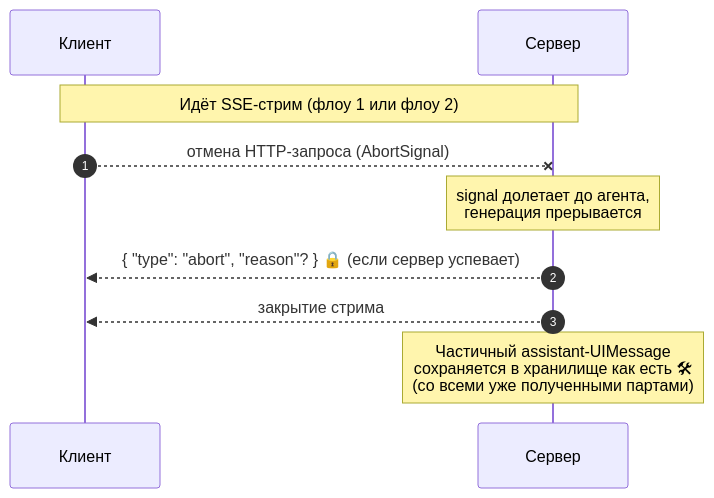
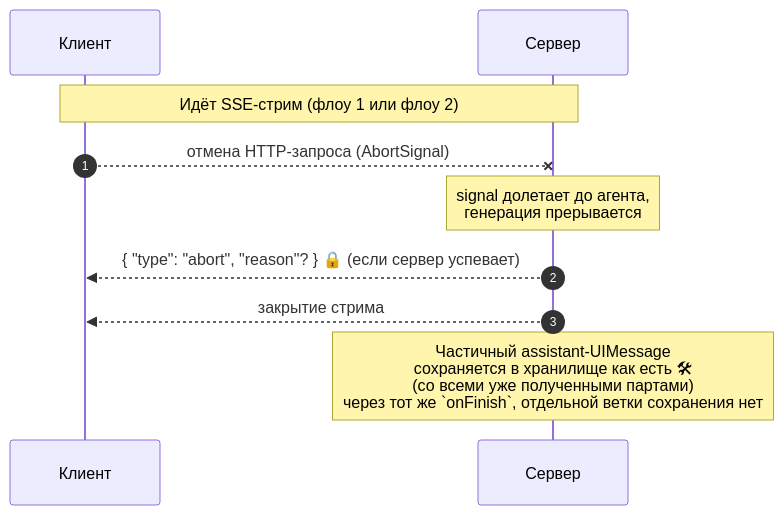
Before and after one commit to naknumberone/assistant-test: the third of 3 diagrams in WORKFLOW.md, drawn with Mermaid. The commit also changed other lines of this file, not shown here.

````diff
--- a/WORKFLOW.md
+++ b/WORKFLOW.md
@@ -167,15 +196,15 @@
 ```mermaid
 sequenceDiagram
     autonumber
     participant C as Клиент
     participant S as Сервер
 
     Note over C,S: Идёт SSE-стрим (флоу 1 или флоу 2)
 
     C--xS: отмена HTTP-запроса (AbortSignal)
     Note over S: signal долетает до агента,<br/>генерация прерывается
     S-->>C: { "type": "abort", "reason"? } 🔒   (если сервер успевает)
     S-->>C: закрытие стрима
 
-    Note over S: Частичный assistant-UIMessage<br/>сохраняется в хранилище как есть 🛠<br/>(со всеми уже полученными партами)
+    Note over S: Частичный assistant-UIMessage<br/>сохраняется в хранилище как есть 🛠<br/>(со всеми уже полученными партами)<br/>через тот же `onFinish`, отдельной ветки сохранения нет
 ```
````
